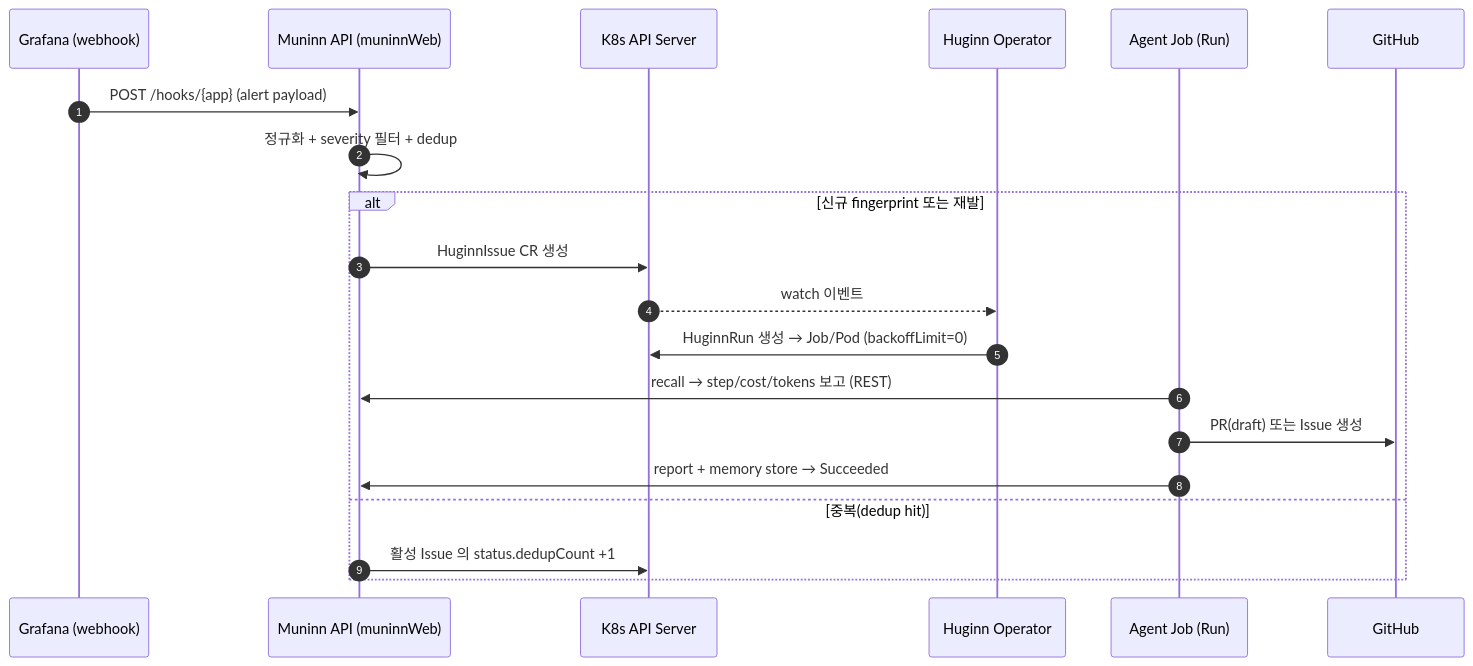
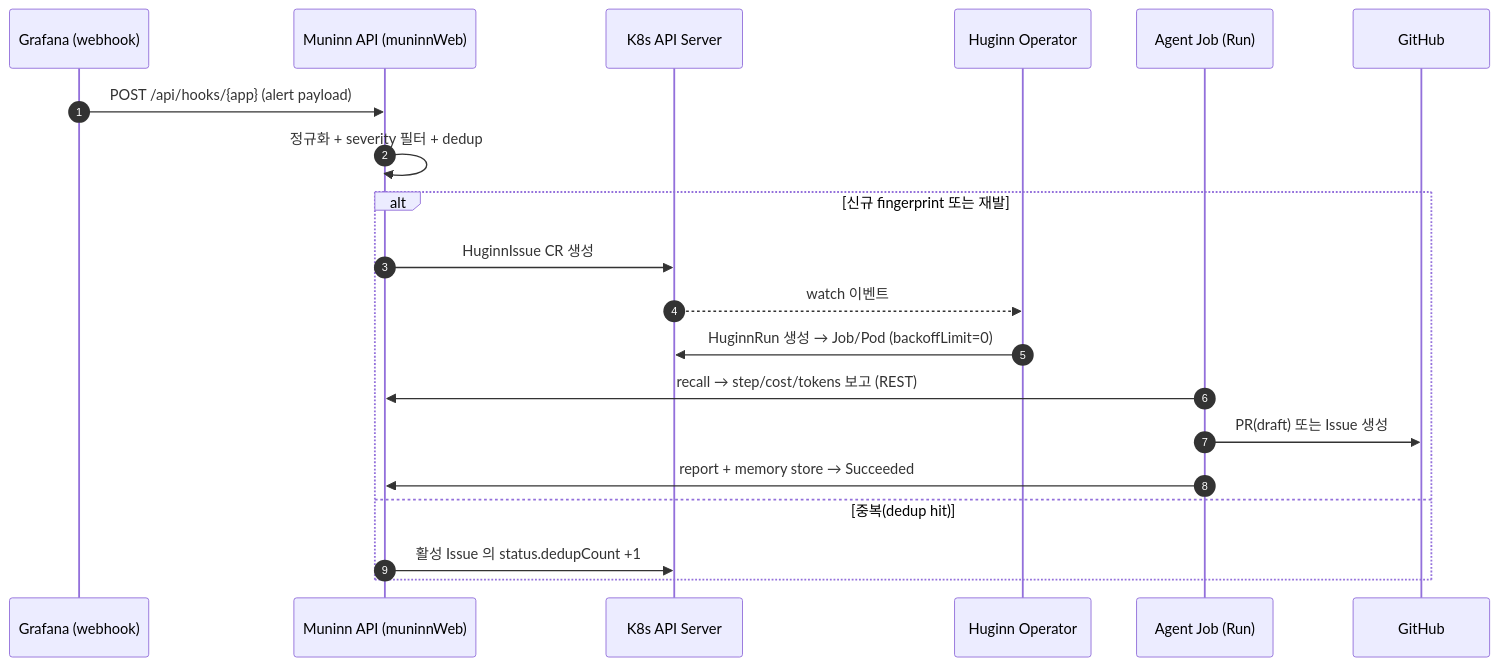
The diagram in muninnDocs/content/concepts/run-lifecycle.mdx (KimSoungRyoul/muninn), drawn with Mermaid before and after one commit. The commit also changed other lines of this file and 10 other files, not shown here.

````diff
--- a/muninnDocs/content/concepts/run-lifecycle.mdx
+++ b/muninnDocs/content/concepts/run-lifecycle.mdx
@@ -8,23 +8,23 @@
 ```mermaid
 sequenceDiagram
     autonumber
     participant G as Grafana (webhook)
     participant API as Muninn API (muninnWeb)
     participant K as K8s API Server
     participant OP as Huginn Operator
     participant A as Agent Job (Run)
     participant GH as GitHub
 
-    G->>API: POST /hooks/{app} (alert payload)
+    G->>API: POST /api/hooks/{app} (alert payload)
     API->>API: 정규화 + severity 필터 + dedup
     alt 신규 fingerprint 또는 재발
         API->>K: HuginnIssue CR 생성
         K-->>OP: watch 이벤트
         OP->>K: HuginnRun 생성 → Job/Pod (backoffLimit=0)
         A->>API: recall → step/cost/tokens 보고 (REST)
         A->>GH: PR(draft) 또는 Issue 생성
         A->>API: report + memory store → Succeeded
     else 중복(dedup hit)
         API->>K: 활성 Issue 의 status.dedupCount +1
     end
 ```
````
